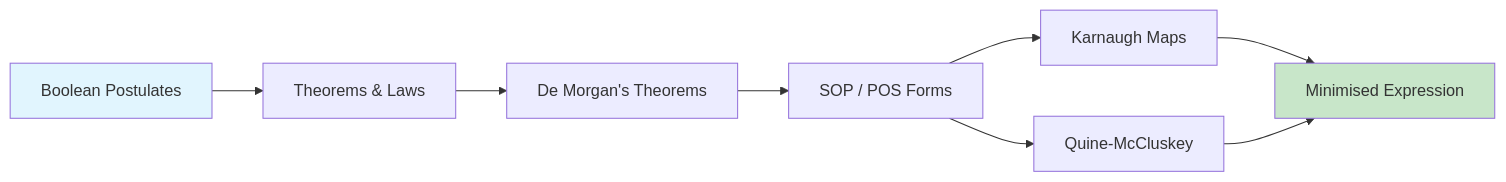
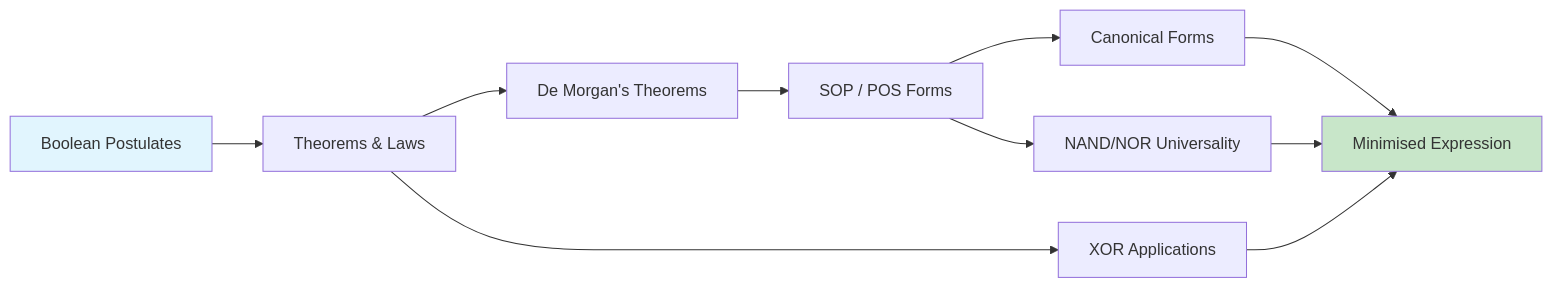
Before and after one commit to Raushan666java/ai-engineering-journey: the first of 2 diagrams in docs/courses/digital-logic/02-boolean-algebra.md, drawn with Mermaid. The commit also changed other lines of this file and 56 other files, not shown here.

````diff
--- a/docs/courses/digital-logic/02-boolean-algebra.md
+++ b/docs/courses/digital-logic/02-boolean-algebra.md
@@ -28,12 +30,14 @@
 ```mermaid
 flowchart LR
     A[Boolean Postulates] --> B[Theorems & Laws]
     B --> C[De Morgan's Theorems]
     C --> D[SOP / POS Forms]
-    D --> E[Karnaugh Maps]
-    D --> F[Quine-McCluskey]
-    E --> G[Minimised Expression]
-    F --> G
+    D --> E[Canonical Forms]
+    D --> F[NAND/NOR Universality]
+    B --> G[XOR Applications]
+    E --> H[Minimised Expression]
+    F --> H
+    G --> H
     style A fill:#e1f5fe
-    style G fill:#c8e6c9
+    style H fill:#c8e6c9
 ```
````
